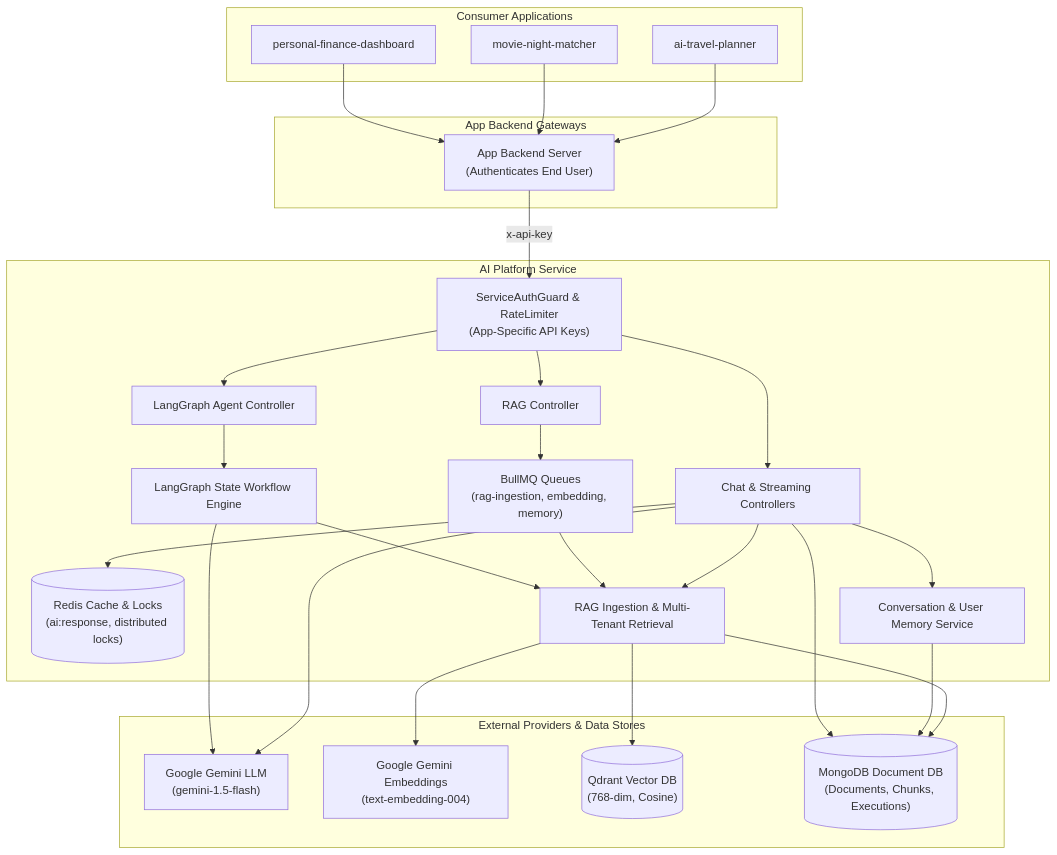
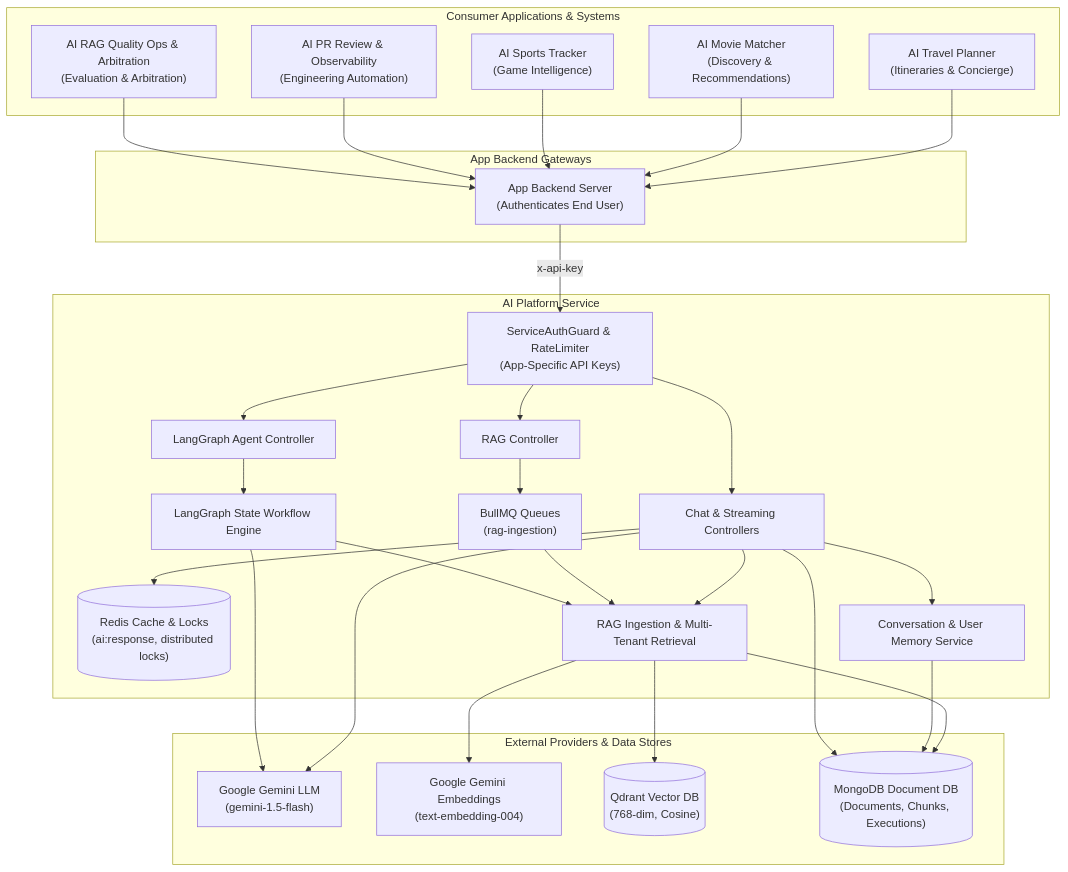
The first of 5 diagrams in README.md (rishank-kesarwani/ai-platform), drawn with Mermaid before and after one commit. The commit also changed other lines of this file, not shown here.

````diff
--- a/README.md
+++ b/README.md
@@ -132,61 +170,65 @@
 ```mermaid
 flowchart TD
-    subgraph ClientLayer ["Consumer Applications"]
-        App1["ai-travel-planner"]
-        App2["movie-night-matcher"]
-        App3["personal-finance-dashboard"]
+    subgraph ClientLayer ["Consumer Applications & Systems"]
+        App1["AI Travel Planner<br/>(Itineraries & Concierge)"]
+        App2["AI Movie Matcher<br/>(Discovery & Recommendations)"]
+        App3["AI Sports Tracker<br/>(Game Intelligence)"]
+        App4["AI PR Review & Observability<br/>(Engineering Automation)"]
+        App5["AI RAG Quality Ops & Arbitration<br/>(Evaluation & Arbitration)"]
     end
 
     subgraph AppBackends ["App Backend Gateways"]
         Backend["App Backend Server<br/>(Authenticates End User)"]
     end
 
     subgraph AIPlatform ["AI Platform Service"]
         AuthGuard["ServiceAuthGuard & RateLimiter<br/>(App-Specific API Keys)"]
         ChatController["Chat & Streaming Controllers"]
         RagController["RAG Controller"]
         AgentController["LangGraph Agent Controller"]
         
         CacheService[("Redis Cache & Locks<br/>(ai:response, distributed locks)")]
-        QueueService["BullMQ Queues<br/>(rag-ingestion, embedding, memory)"]
+        QueueService["BullMQ Queues<br/>(rag-ingestion)"]
         
         RagEngine["RAG Ingestion & Multi-Tenant Retrieval"]
         LangGraphEngine["LangGraph State Workflow Engine"]
         MemoryEngine["Conversation & User Memory Service"]
     end
 
     subgraph ExternalServices ["External Providers & Data Stores"]
         GeminiLLM["Google Gemini LLM<br/>(gemini-1.5-flash)"]
         GeminiEmbed["Google Gemini Embeddings<br/>(text-embedding-004)"]
         QdrantDB[("Qdrant Vector DB<br/>(768-dim, Cosine)")]
         MongoDB[("MongoDB Document DB<br/>(Documents, Chunks, Executions)")]
     end
 
     App1 --> Backend
     App2 --> Backend
     App3 --> Backend
+    App4 --> Backend
+    App5 --> Backend
 
     Backend -->|x-api-key| AuthGuard
     AuthGuard --> ChatController
     AuthGuard --> RagController
     AuthGuard --> AgentController
 
     ChatController --> CacheService
     ChatController --> MemoryEngine
     ChatController --> RagEngine
     ChatController --> GeminiLLM
 
     RagController --> QueueService
     QueueService --> RagEngine
 
     RagEngine --> GeminiEmbed
     RagEngine --> QdrantDB
     RagEngine --> MongoDB
 
     AgentController --> LangGraphEngine
     LangGraphEngine --> RagEngine
     LangGraphEngine --> GeminiLLM
 
     MemoryEngine --> MongoDB
     ChatController --> MongoDB
 ```
````
